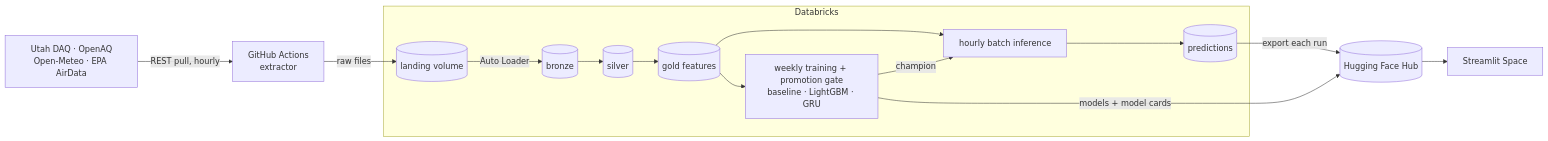
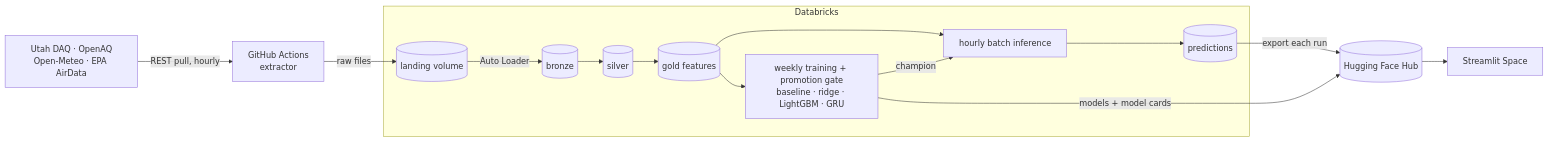
The diagram in README.md (itstheryguy/aq_utah_project), drawn with Mermaid before and after one commit. The commit also changed other lines of this file and 9 other files, not shown here.

````diff
--- a/README.md
+++ b/README.md
@@ -16,14 +16,14 @@
 ```mermaid
 flowchart LR
     src["Utah DAQ · OpenAQ<br/>Open-Meteo · EPA AirData"] -- "REST pull, hourly" --> gha["GitHub Actions<br/>extractor"]
     gha -- "raw files" --> landing
     subgraph dbx["Databricks"]
         landing[("landing volume")] -- "Auto Loader" --> bronze[("bronze")] --> silver[("silver")] --> gold[("gold features")]
         gold --> score["hourly batch inference"] --> preds[("predictions")]
-        gold --> train["weekly training + promotion gate<br/>baseline · LightGBM · GRU"]
+        gold --> train["weekly training + promotion gate<br/>baseline · ridge · LightGBM · GRU"]
         train -- "champion" --> score
     end
     preds -- "export each run" --> hf[("Hugging Face Hub")]
     train -- "models + model cards" --> hf
     hf --> app["Streamlit Space"]
 ```
````
